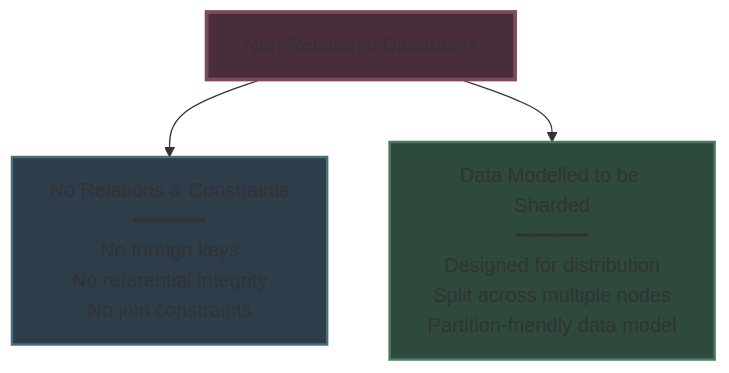
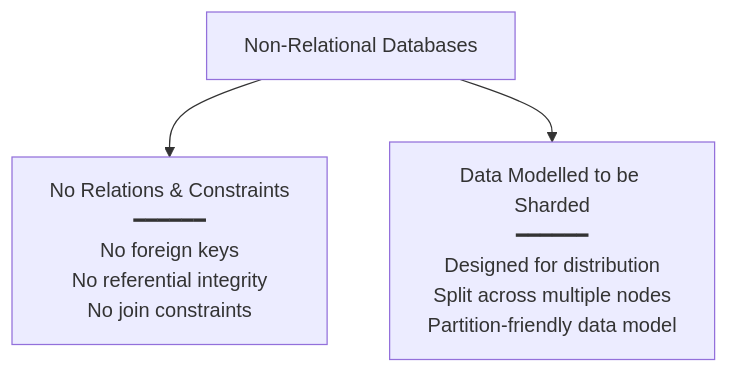
The fourth of 21 diagrams in system design beginner/10. Picking the right database.md (Yash-Kavaiya/The-System-Design-Masterclass), drawn with Mermaid before and after one commit. The commit also changed other lines of this file, not shown here.

````diff
--- a/system design beginner/10. Picking the right database.md
+++ b/system design beginner/10. Picking the right database.md
@@ -93,12 +82,9 @@
 ```mermaid
 graph TB
     NOSQL[Non-Relational Databases]
     
     NOSQL --> NO_REL[No Relations & Constraints<br/>━━━━━━<br/>No foreign keys<br/>No referential integrity<br/>No join constraints]
     
     NOSQL --> MODELED[Data Modelled to be Sharded<br/>━━━━━━<br/>Designed for distribution<br/>Split across multiple nodes<br/>Partition-friendly data model]
     
-    style NOSQL fill:#4a2d3c,stroke:#7c4a5c,stroke-width:3px
-    style NO_REL fill:#2d3d4a,stroke:#4a6d7c,stroke-width:2px
-    style MODELED fill:#2d4a3c,stroke:#4a7c5c,stroke-width:2px
 ```
````
